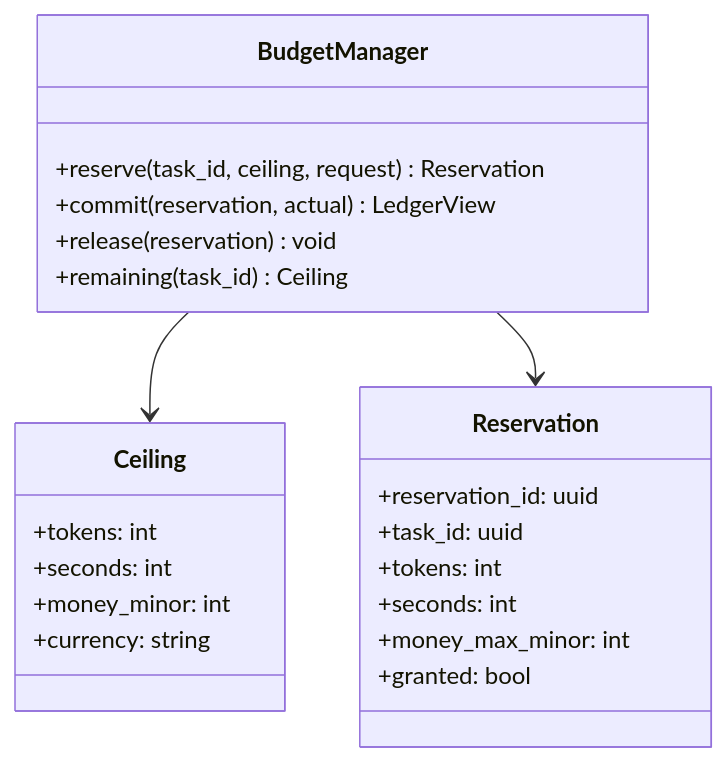
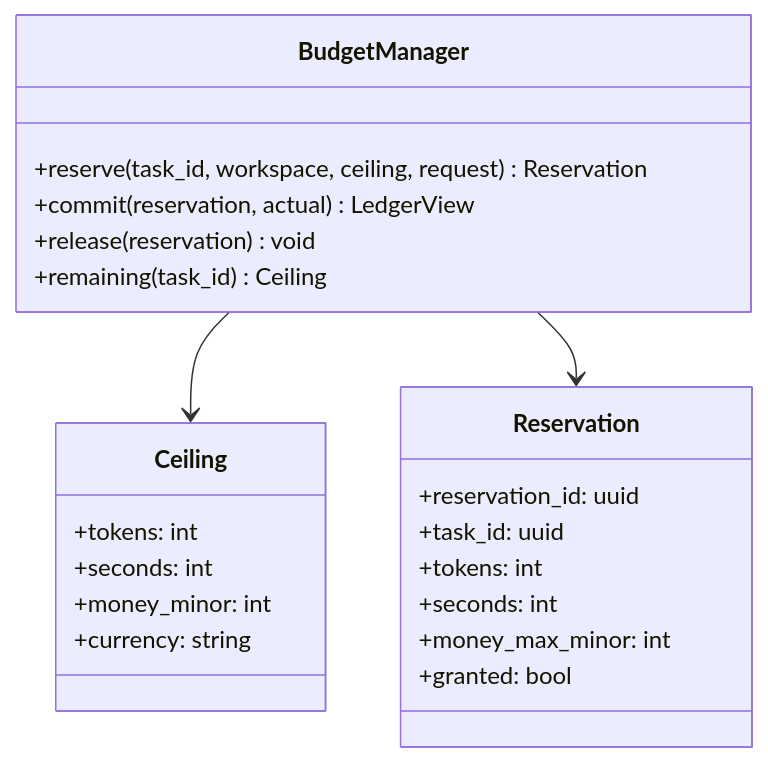
Before and after one commit to febufenn-cyber/drawing-office-v2: the fourth of 7 diagrams in designs/agent-orchestration-layer/LLD.md, drawn with Mermaid. The commit also changed other lines of this file and 6 other files, not shown here.

````diff
--- a/designs/agent-orchestration-layer/LLD.md
+++ b/designs/agent-orchestration-layer/LLD.md
@@ -135,25 +138,25 @@
 ```mermaid
 classDiagram
     class BudgetManager {
-        +reserve(task_id, ceiling, request) Reservation
+        +reserve(task_id, workspace, ceiling, request) Reservation
         +commit(reservation, actual) LedgerView
         +release(reservation) void
         +remaining(task_id) Ceiling
     }
     class Ceiling {
         +tokens: int
         +seconds: int
         +money_minor: int
         +currency: string
     }
     class Reservation {
         +reservation_id: uuid
         +task_id: uuid
         +tokens: int
         +seconds: int
         +money_max_minor: int
         +granted: bool
     }
     BudgetManager --> Ceiling
     BudgetManager --> Reservation
 ```
````
